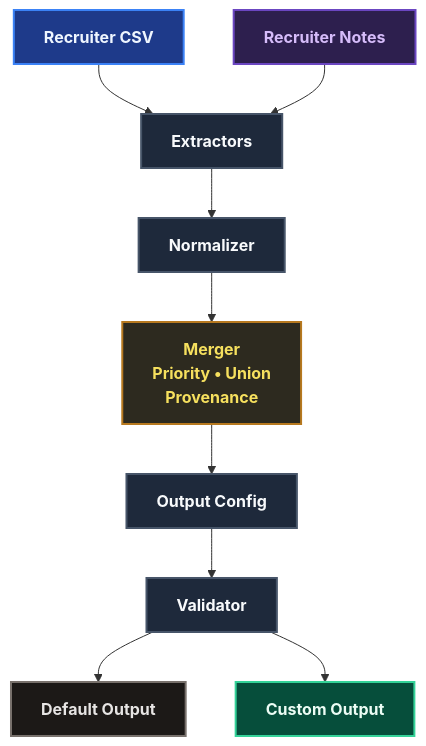
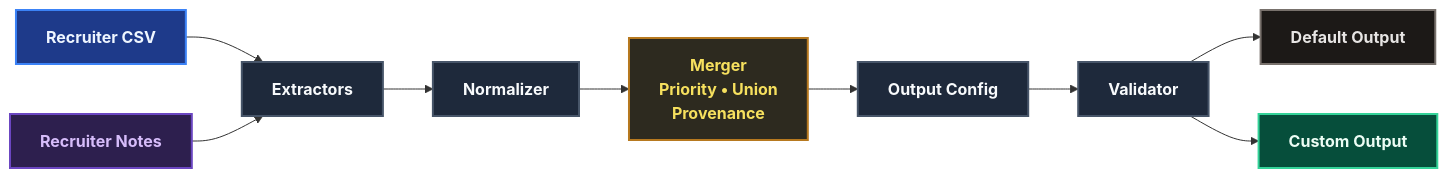
Before and after one commit to Sakshisingh-BV/multi-source-candidate-transformer: the first of 3 diagrams in docs/design_document.md, drawn with Mermaid. The commit also changed 1 other file, not shown here.

Commit message:
Update pipeline flowchart orientation to horizontal

````diff
--- a/docs/design_document.md
+++ b/docs/design_document.md
@@ -16,42 +16,42 @@
 ```mermaid
-flowchart TD
+flowchart LR
     %% Source Ingestion
     A[Recruiter CSV]
     B[Recruiter Notes]
 
     %% Pipeline Steps
     C[Extractors]
     D[Normalizer]
     E["Merger<br>Priority • Union<br>Provenance"]
     F[Output Config]
     G[Validator]
 
     %% Branched Outputs
     H[Default Output]
     I[Custom Output]
 
     %% Connections
     A --> C
     B --> C
     C --> D
     D --> E
     E --> F
     F --> G
     G --> H
     G --> I
 
     %% Color & Node Styling
     style A fill:#1e3a8a,stroke:#3b82f6,stroke-width:2px,color:#eff6ff
     style B fill:#2d1f4e,stroke:#6b46c1,stroke-width:2px,color:#d6bcfa
     
     style C fill:#1e293b,stroke:#475569,stroke-width:2px,color:#f8fafc
     style D fill:#1e293b,stroke:#475569,stroke-width:2px,color:#f8fafc
     style E fill:#2d2a1f,stroke:#b7791f,stroke-width:2px,color:#f6e05e
     style F fill:#1e293b,stroke:#475569,stroke-width:2px,color:#f8fafc
     style G fill:#1e293b,stroke:#475569,stroke-width:2px,color:#f8fafc
 
     style H fill:#1c1917,stroke:#78716c,stroke-width:2px,color:#e7e5e4
     style I fill:#064e3b,stroke:#34d399,stroke-width:2px,color:#ecfdf5
 
     classDef default font-family:Inter,font-weight:bold;
 ```
````
